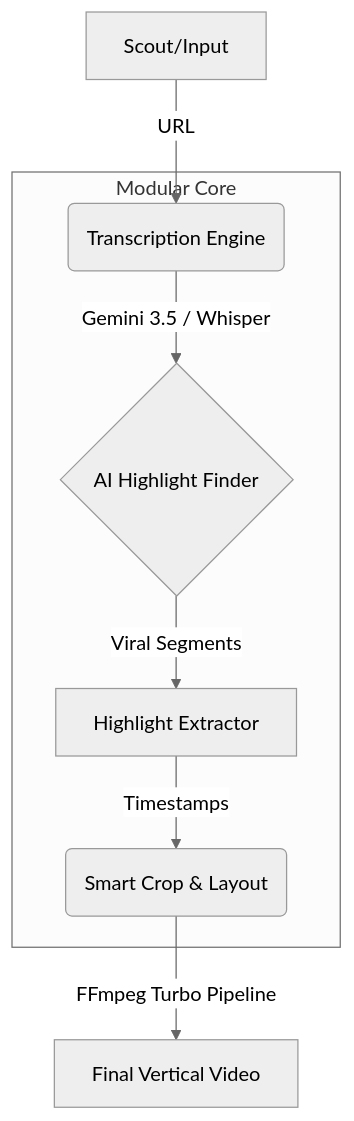
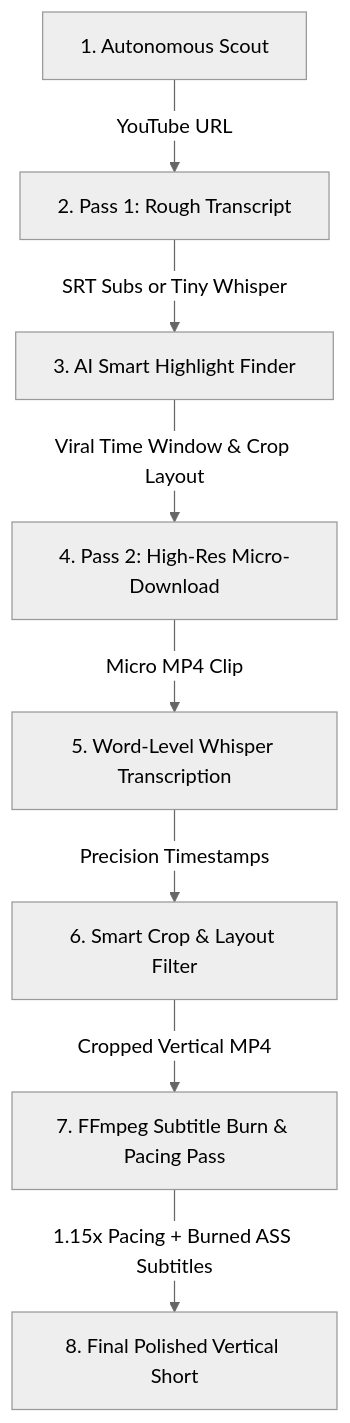
One commit to random-or/shorts-clipper changed the diagram in README.md. Above: the diagram before and after it, drawn with Mermaid (neutral theme). The commit also changed other lines of this file, not shown here.

Commit message:
docs: overhaul README.md to detail final goal, setup, and API keys

````diff
--- a/README.md
+++ b/README.md
@@ -43,15 +33,10 @@
 ```mermaid
 graph TD;
-    A[Scout/Input] -->|URL| B(Transcription Engine)
-    B -->|Gemini 3.5 / Whisper| C{AI Highlight Finder}
-    C -->|Viral Segments| D[Highlight Extractor]
-    D -->|Timestamps| E(Smart Crop & Layout)
-    E -->|FFmpeg Turbo Pipeline| F[Final Vertical Video]
-    
-    subgraph Modular Core
-    B
-    C
-    D
-    E
-    end
+    Scout[1. Autonomous Scout] -->|YouTube URL| Pass1[2. Pass 1: Rough Transcript]
+    Pass1 -->|SRT Subs or Tiny Whisper| LLM[3. AI Smart Highlight Finder]
+    LLM -->|Viral Time Window & Crop Layout| Pass2[4. Pass 2: High-Res Micro-Download]
+    Pass2 -->|Micro MP4 Clip| Whisper[5. Word-Level Whisper Transcription]
+    Whisper -->|Precision Timestamps| Crop[6. Smart Crop & Layout Filter]
+    Crop -->|Cropped Vertical MP4| Burn[7. FFmpeg Subtitle Burn & Pacing Pass]
+    Burn -->|1.15x Pacing + Burned ASS Subtitles| Out[8. Final Polished Vertical Short]
 ```
````
